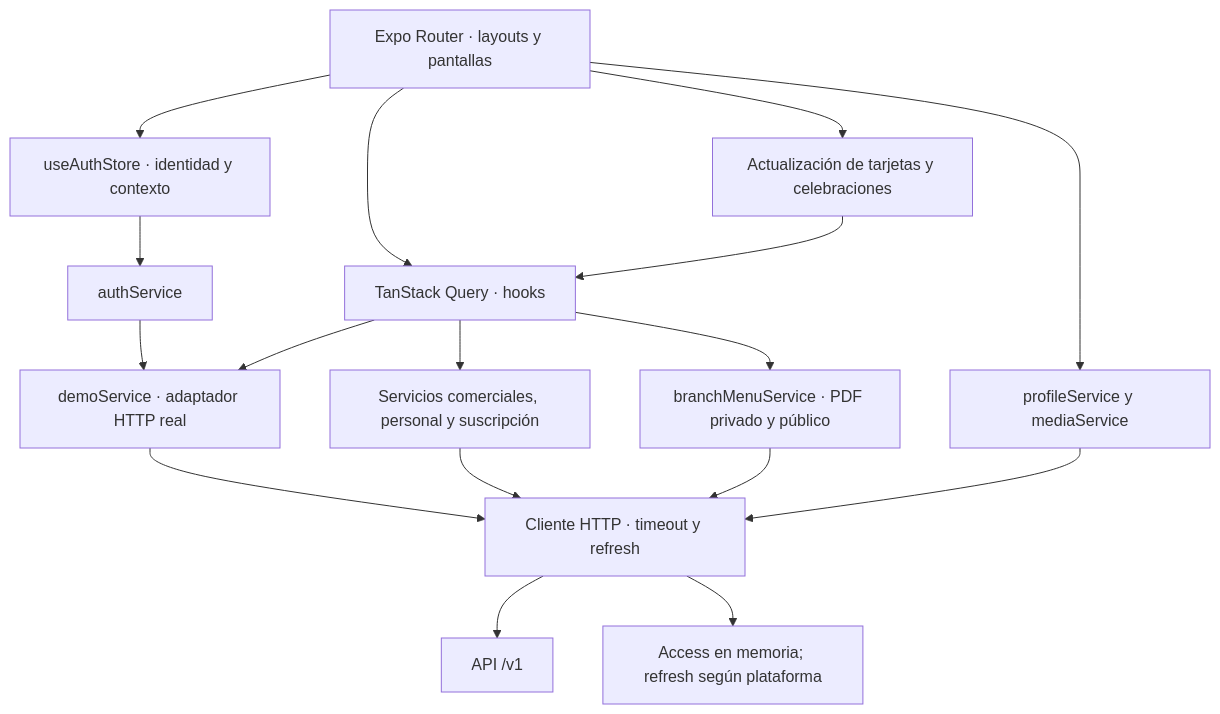
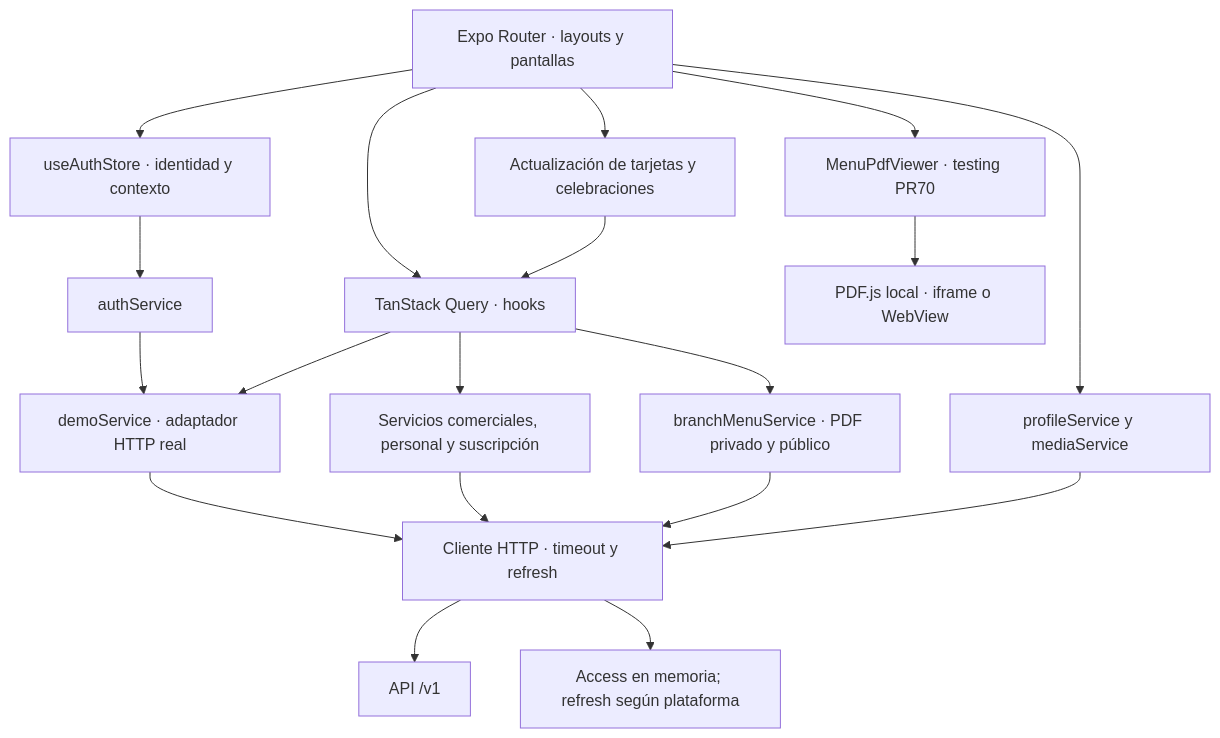
Before and after one commit to gagonzalez1/puntazo-docs: the diagram in docs/architecture/03-frontend-components.md, drawn with Mermaid. The commit also changed other lines of this file and 8 other files, not shown here.

Commit message:
docs: record map search and internal PDF testing release

````diff
--- a/docs/architecture/03-frontend-components.md
+++ b/docs/architecture/03-frontend-components.md
@@ -19,19 +19,21 @@
 ```mermaid
 flowchart TD
  R[Expo Router · layouts y pantallas] --> AUTH[useAuthStore · identidad y contexto]
  AUTH --> AS[authService]
  AS --> DS[demoService · adaptador HTTP real]
  R --> Q[TanStack Query · hooks]
  Q --> DS
  Q --> MS[Servicios comerciales, personal y suscripción]
  Q --> MENU[branchMenuService · PDF privado y público]
+ R --> VIEWER[MenuPdfViewer · testing PR70]
+ VIEWER --> RENDER[PDF.js local · iframe o WebView]
  R --> PS[profileService y mediaService]
  R --> EV[Actualización de tarjetas y celebraciones]
  EV --> Q
  DS --> HTTP[Cliente HTTP · timeout y refresh]
  MS --> HTTP
  MENU --> HTTP
  PS --> HTTP
  HTTP --> API[API /v1]
  HTTP --> TS[Access en memoria; refresh según plataforma]
 ```
````
